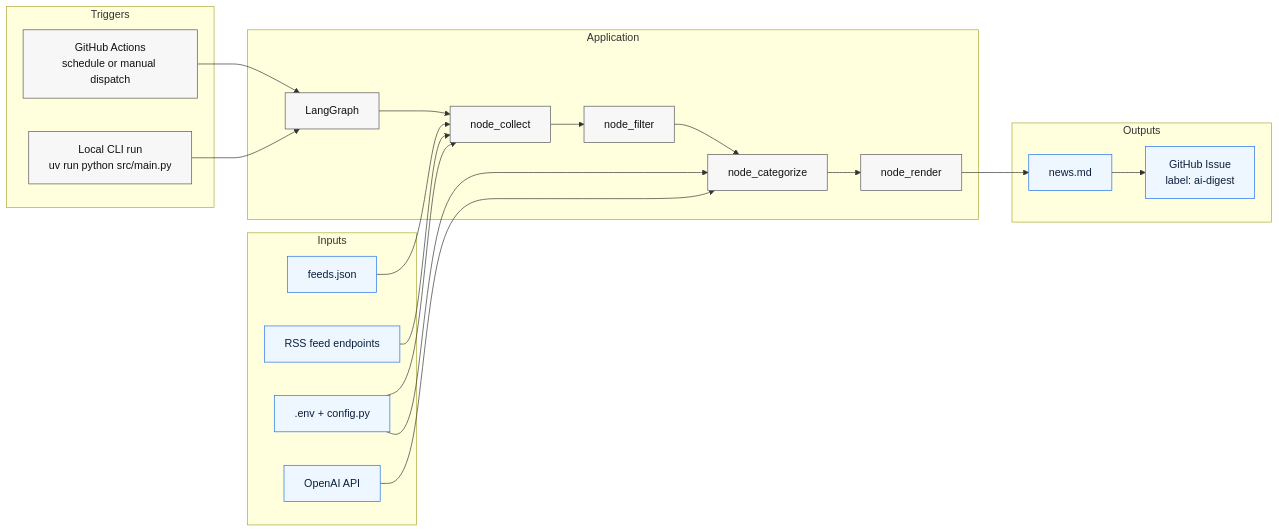
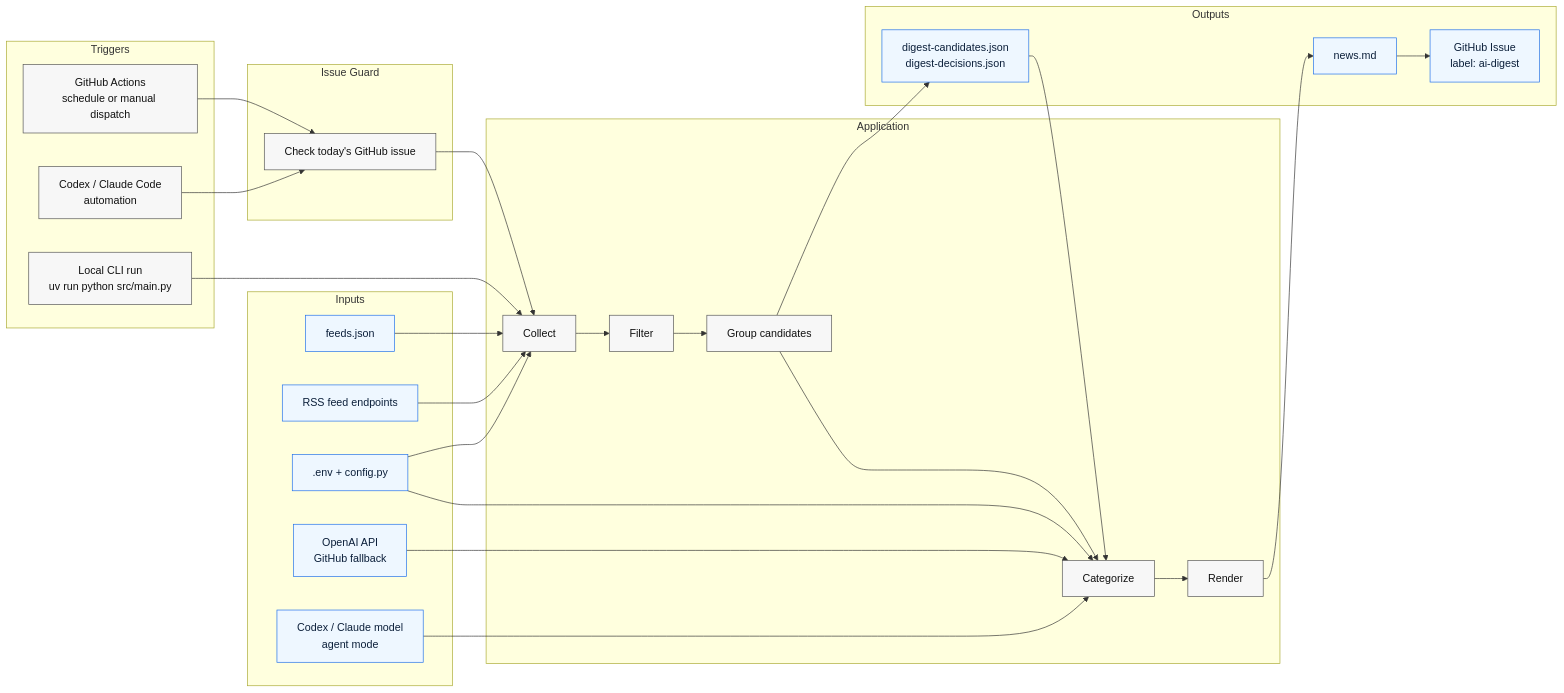
The first of 2 diagrams in README.md (nickzren/ai-news-agent), drawn with Mermaid before and after one commit. The commit also changed other lines of this file and 4 other files, not shown here.

Commit message:
feat(digest): add agent handoff workflow

````diff
--- a/README.md
+++ b/README.md
@@ -16,42 +18,54 @@
 ```mermaid
 flowchart LR
     subgraph Trigger[Triggers]
         GH[GitHub Actions<br/>schedule or manual dispatch]
+        AGENT[Codex / Claude Code<br/>automation]
         LOCAL[Local CLI run<br/>uv run python src/main.py]
     end
 
+    subgraph Guard[Issue Guard]
+        CHECK[Check today's GitHub issue]
+    end
+
     subgraph App[Application]
-        G[LangGraph]
-        C[node_collect]
-        F[node_filter]
-        K[node_categorize]
-        R[node_render]
-        G --> C --> F --> K --> R
+        C[Collect]
+        F[Filter]
+        G[Group candidates]
+        K[Categorize]
+        R[Render]
+        C --> F --> G --> K --> R
     end
 
     subgraph In[Inputs]
         FEEDS[feeds.json]
         RSS[RSS feed endpoints]
         CONF[.env + config.py]
-        OAI[OpenAI API]
+        OAI[OpenAI API<br/>GitHub fallback]
+        MODEL[Codex / Claude model<br/>agent mode]
     end
 
     subgraph Out[Outputs]
+        JSON[digest-candidates.json<br/>digest-decisions.json]
         MD[news.md]
         ISSUE[GitHub Issue<br/>label: ai-digest]
     end
 
-    GH --> G
-    LOCAL --> G
+    GH --> CHECK --> C
+    AGENT --> CHECK
+    LOCAL --> C
     FEEDS --> C
     RSS --> C
     CONF --> C
     CONF --> K
     OAI --> K
-    R --> MD --> ISSUE
+    MODEL --> K
+    G --> JSON
+    JSON --> K
+    R --> MD
+    MD --> ISSUE
 
     classDef io fill:#eef7ff,stroke:#1f6feb,stroke-width:1px,color:#0b1f3a;
     classDef proc fill:#f7f7f7,stroke:#555,stroke-width:1px,color:#111;
-    class FEEDS,RSS,CONF,OAI,MD,ISSUE io;
-    class GH,LOCAL,G,C,F,K,R proc;
+    class FEEDS,RSS,CONF,OAI,MODEL,JSON,MD,ISSUE io;
+    class GH,AGENT,LOCAL,CHECK,C,F,G,K,R proc;
 ```
````
